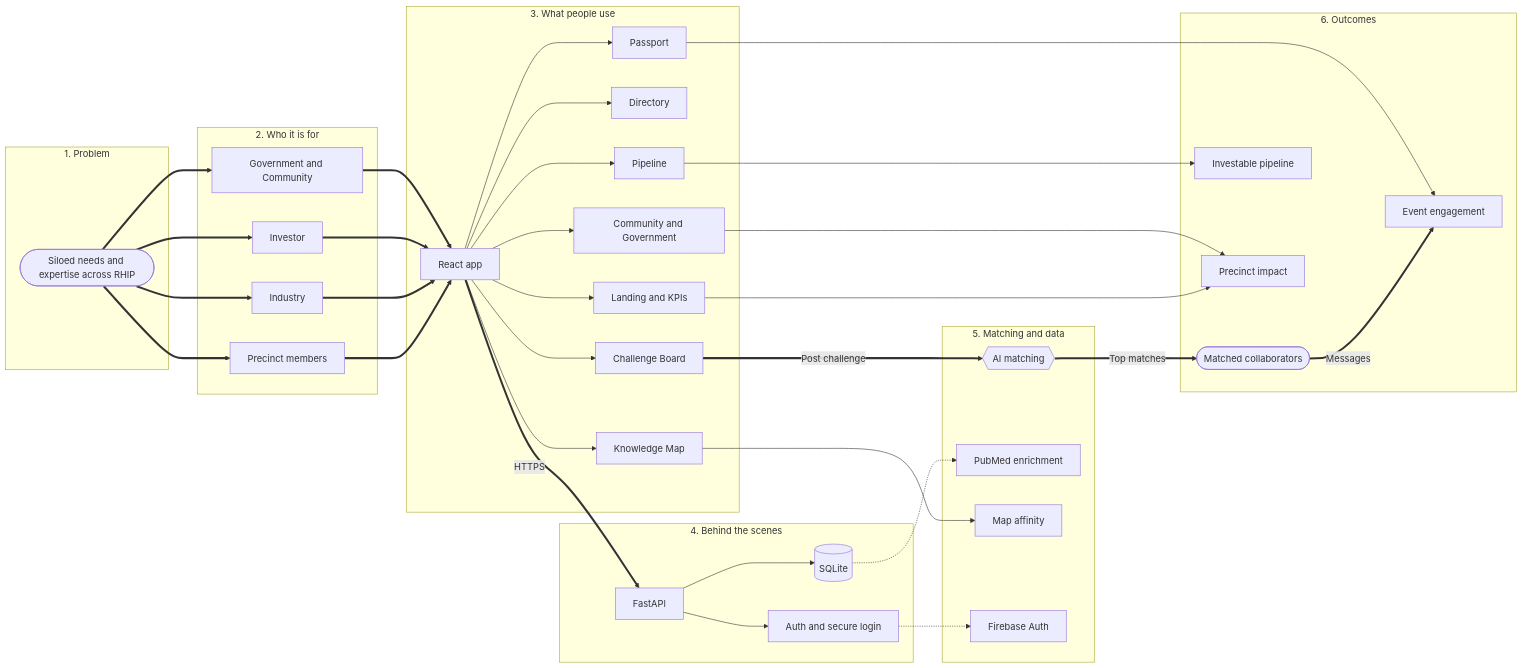
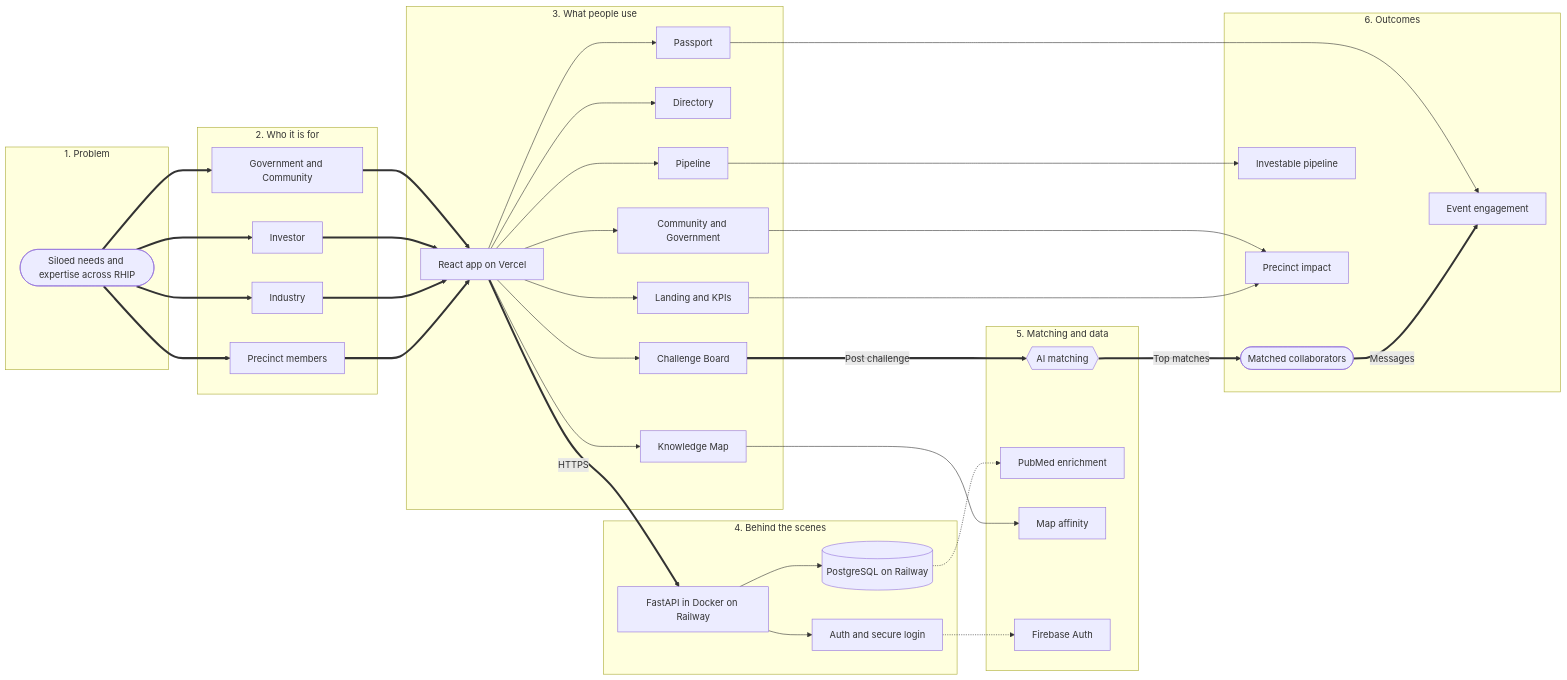
One commit to itsgichia/RHIP_Connect changed the first of 4 diagrams in docs/RHIP_CONNECT_SYSTEM_STORY.md. Above: the diagram before and after it, drawn with Mermaid. The commit also changed other lines of this file and 8 other files, not shown here.

````diff
--- a/docs/RHIP_CONNECT_SYSTEM_STORY.md
+++ b/docs/RHIP_CONNECT_SYSTEM_STORY.md
@@ -9,60 +11,60 @@
 ```mermaid
 flowchart LR
     subgraph problem ["1. Problem"]
         need(["Siloed needs and expertise across RHIP"])
     end
 
     subgraph audiences ["2. Who it is for"]
         members["Precinct members"]
         industry["Industry"]
         investor["Investor"]
         publicAud["Government and Community"]
     end
 
     subgraph frontend ["3. What people use"]
-        web["React app"]
+        web["React app on Vercel"]
         landing["Landing and KPIs"]
         directory["Directory"]
         challenges["Challenge Board"]
         knowledgeMap["Knowledge Map"]
         pipeline["Pipeline"]
         passport["Passport"]
         portals["Community and Government"]
     end
 
     subgraph backend ["4. Behind the scenes"]
-        api["FastAPI"]
+        api["FastAPI in Docker on Railway"]
         auth["Auth and secure login"]
-        data[("SQLite")]
+        data[("PostgreSQL on Railway")]
     end
 
     subgraph intelligence ["5. Matching and data"]
         ai{{"AI matching"}}
         pubmed["PubMed enrichment"]
         mapAff["Map affinity"]
         firebase["Firebase Auth"]
     end
 
     subgraph outcomes ["6. Outcomes"]
         matched(["Matched collaborators"])
         investable["Investable pipeline"]
         impact["Precinct impact"]
         engaged["Event engagement"]
     end
 
     need ==> members & industry & investor & publicAud
     members & industry & investor & publicAud ==> web
     web --> landing & directory & challenges & knowledgeMap & pipeline & passport & portals
     web ==>|"HTTPS"| api
     api --> auth & data
     auth -.-> firebase
     challenges ==>|"Post challenge"| ai
     ai ==>|"Top matches"| matched
     matched ==>|"Messages"| engaged
     knowledgeMap --> mapAff
     pipeline --> investable
     landing --> impact
     portals --> impact
     passport --> engaged
     data -.-> pubmed
 ```
````
